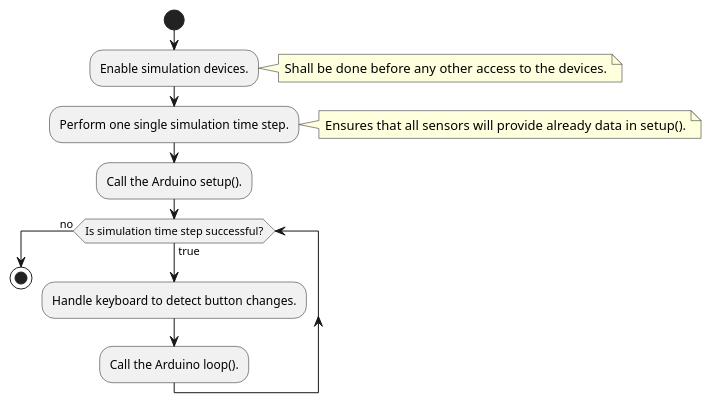
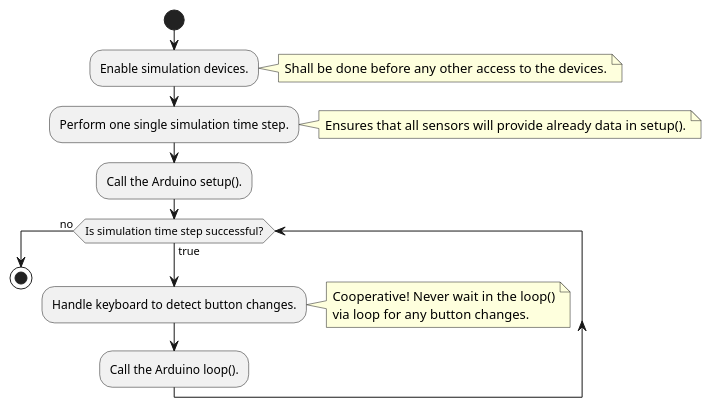
The diagram in doc/uml/MainGenericFlow.plantuml (BlueAndi/ZumoHALWebots), drawn with PlantUML before and after one commit. The commit also changed 1 other file, not shown here.

```diff
--- a/doc/uml/MainGenericFlow.plantuml
+++ b/doc/uml/MainGenericFlow.plantuml
@@ -1,15 +1,16 @@
 @startuml MainGenericFlow
 
 start
 :Enable simulation devices.;
 note right: Shall be done before any other access to the devices.
 :Perform one single simulation time step.;
 note right: Ensures that all sensors will provide already data in setup().
 :Call the Arduino setup().;
 while (Is simulation time step successful?) is (true)
     :Handle keyboard to detect button changes.;
+    note right: Cooperative! Never wait in the loop()\nvia loop for any button changes.
     :Call the Arduino loop().;
 endwhile (no)
 stop
 
 @enduml
```
